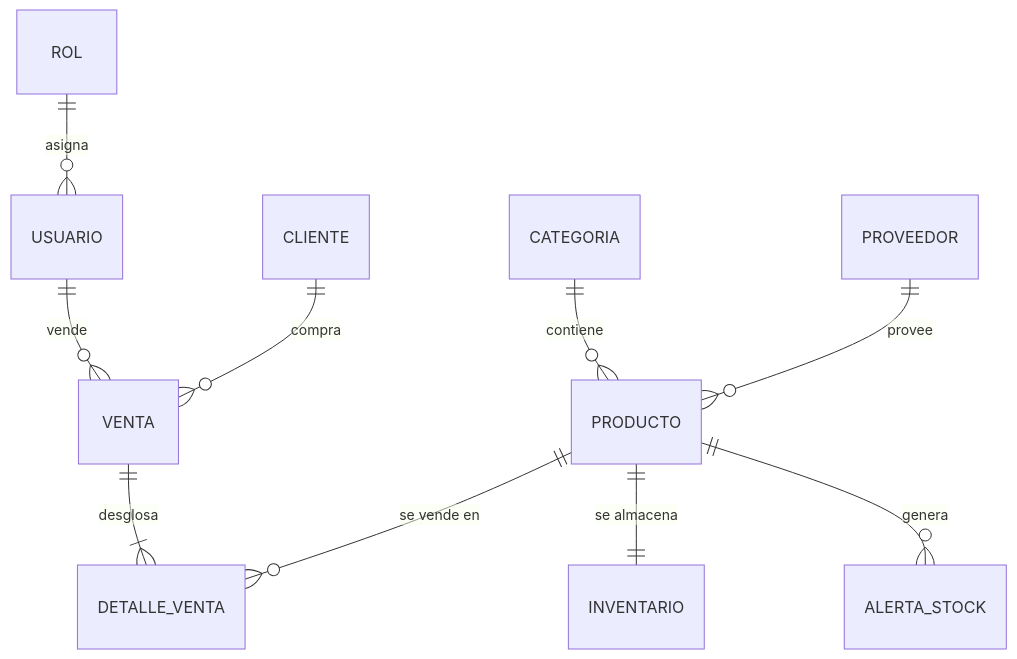
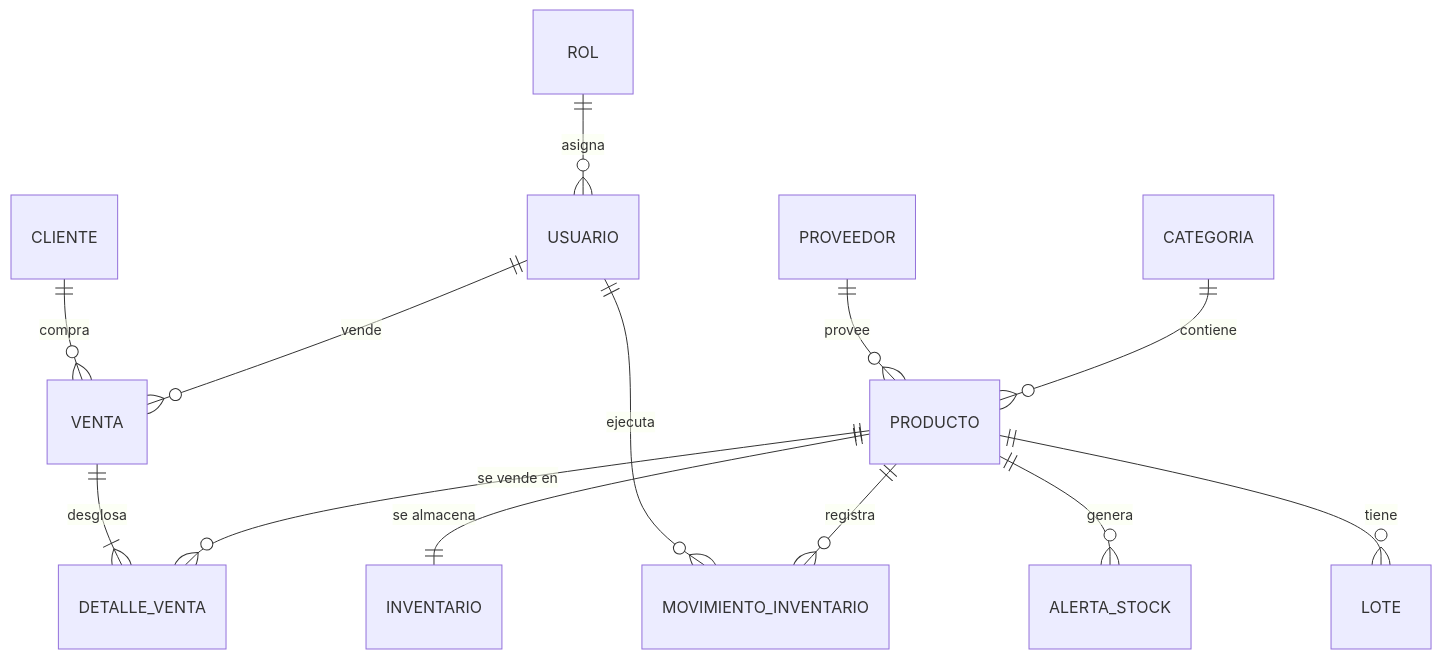
The seventh of 8 diagrams in arquitectura_acacioswork.md (andresrubiel123/AcaciosWork), drawn with Mermaid before and after one commit. The commit also changed other lines of this file and 1029 other files, not shown here.

````diff
--- a/arquitectura_acacioswork.md
+++ b/arquitectura_acacioswork.md
@@ -188,12 +193,15 @@
 ```mermaid
 erDiagram
     ROL ||--o{ USUARIO : "asigna"
     USUARIO ||--o{ VENTA : "vende"
     CLIENTE ||--o{ VENTA : "compra"
     CATEGORIA ||--o{ PRODUCTO : "contiene"
     PRODUCTO ||--o{ DETALLE_VENTA : "se vende en"
     VENTA ||--|{ DETALLE_VENTA : "desglosa"
     PROVEEDOR ||--o{ PRODUCTO : "provee"
     PRODUCTO ||--|| INVENTARIO : "se almacena"
     PRODUCTO ||--o{ ALERTA_STOCK : "genera"
+    PRODUCTO ||--o{ LOTE : "tiene"
+    PRODUCTO ||--o{ MOVIMIENTO_INVENTARIO : "registra"
+    USUARIO ||--o{ MOVIMIENTO_INVENTARIO : "ejecuta"
 ```
````
